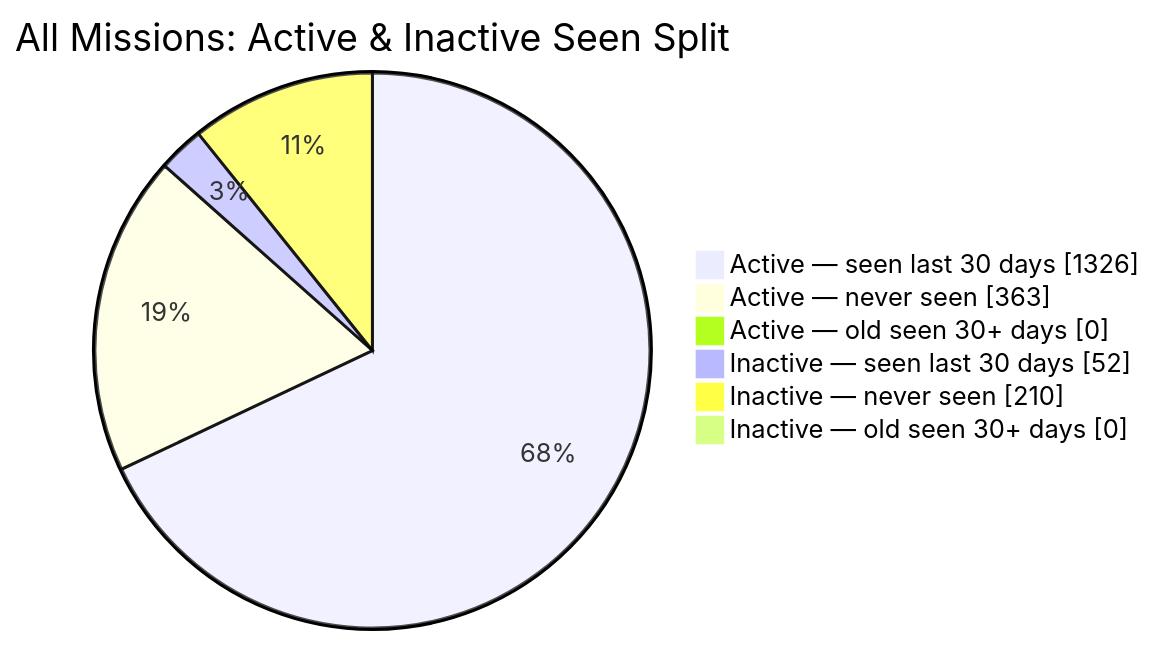
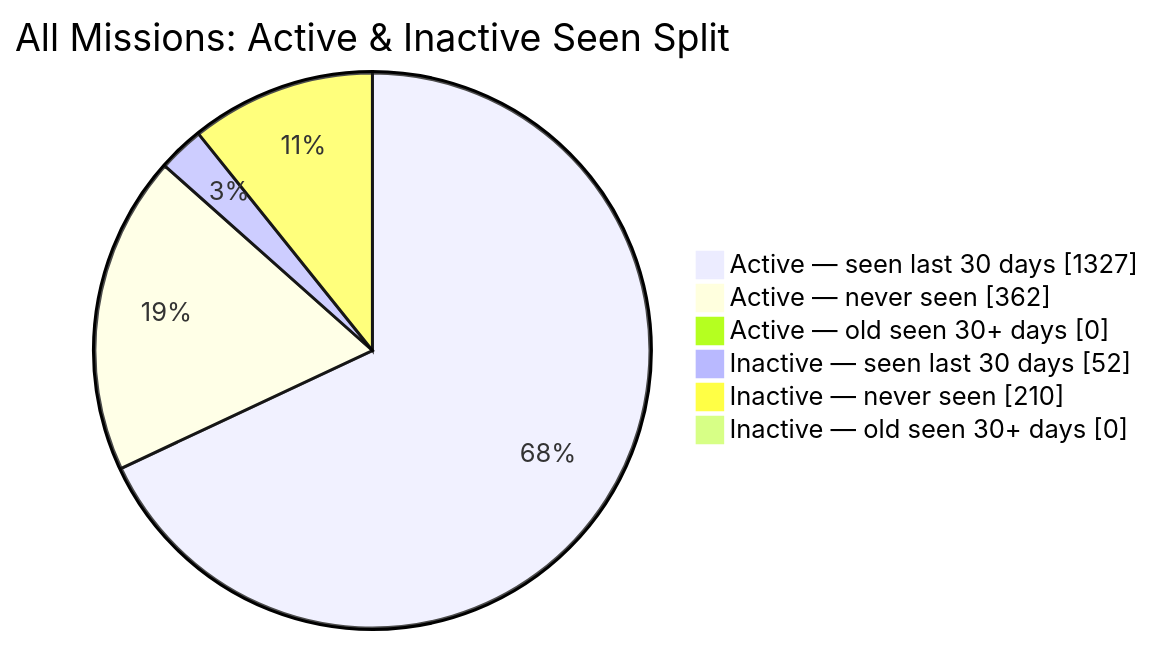
The second of 2 diagrams in README.md (MeldkamerspelGameTeam/active-missions), drawn with Mermaid before and after one commit. The commit also changed other lines of this file and 3 other files, not shown here.

````diff
--- a/README.md
+++ b/README.md
@@ -44,10 +44,10 @@
 ```mermaid
 pie showData
     title All Missions: Active & Inactive Seen Split
-    "Active — seen last 30 days" : 1326
-    "Active — never seen" : 363
+    "Active — seen last 30 days" : 1327
+    "Active — never seen" : 362
     "Active — old seen 30+ days" : 0
     "Inactive — seen last 30 days" : 52
     "Inactive — never seen" : 210
     "Inactive — old seen 30+ days" : 0
 ```
````
